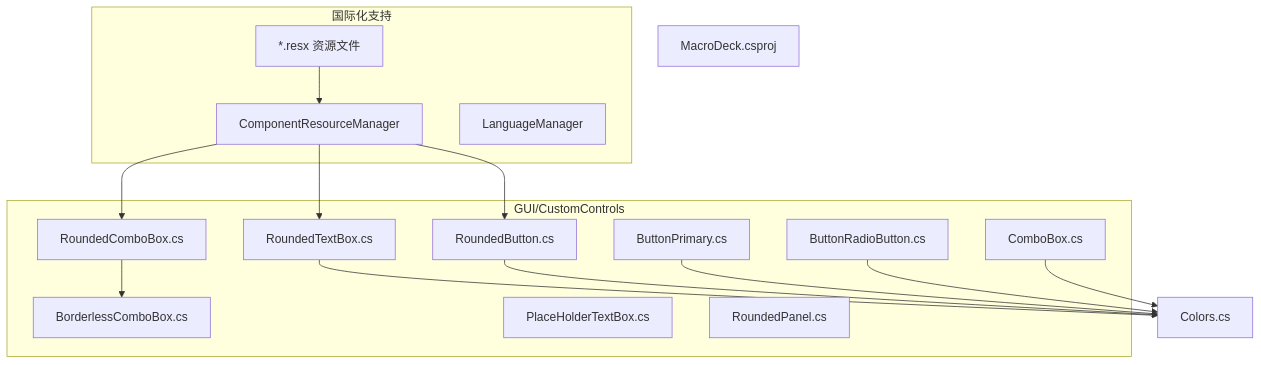
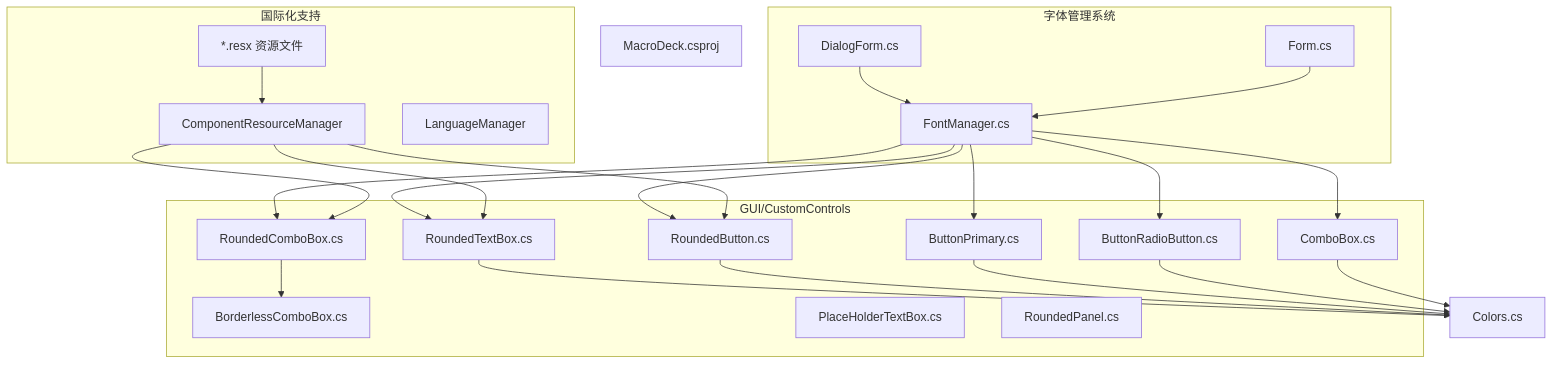
Before and after one commit to tea4go/Macro-Deck: the first of 11 diagrams in .qoder/repowiki/zh/content/图形用户界面/自定义控件/自定义控件.md, drawn with Mermaid. The commit also changed other lines of this file and 5 other files, not shown here.

````diff
--- a/.qoder/repowiki/zh/content/图形用户界面/自定义控件/自定义控件.md
+++ b/.qoder/repowiki/zh/content/图形用户界面/自定义控件/自定义控件.md
@@ -58,31 +62,44 @@
 ```mermaid
 graph TB
 subgraph "GUI/CustomControls"
 RB["RoundedButton.cs"]
 RTB["RoundedTextBox.cs"]
 RCB["RoundedComboBox.cs"]
 BLCB["BorderlessComboBox.cs"]
 PTB["PlaceHolderTextBox.cs"]
 RP["RoundedPanel.cs"]
 BP["ButtonPrimary.cs"]
 BRB["ButtonRadioButton.cs"]
 CB["ComboBox.cs"]
+end
+subgraph "字体管理系统"
+FM["FontManager.cs"]
+DF["DialogForm.cs"]
+UF["Form.cs"]
 end
 subgraph "国际化支持"
 RES["*.resx 资源文件"]
 CRM["ComponentResourceManager"]
 LM["LanguageManager"]
 end
 Colors["Colors.cs"]
 Proj["MacroDeck.csproj"]
 RCB --> BLCB
 RTB --> Colors
 RB --> Colors
 BP --> Colors
 BRB --> Colors
 CB --> Colors
+FM --> RTB
+FM --> RCB
+FM --> RB
+FM --> BP
+FM --> BRB
+FM --> CB
+DF --> FM
+UF --> FM
 RES --> CRM
 CRM --> RB
 CRM --> RTB
 CRM --> RCB
 ```
````
